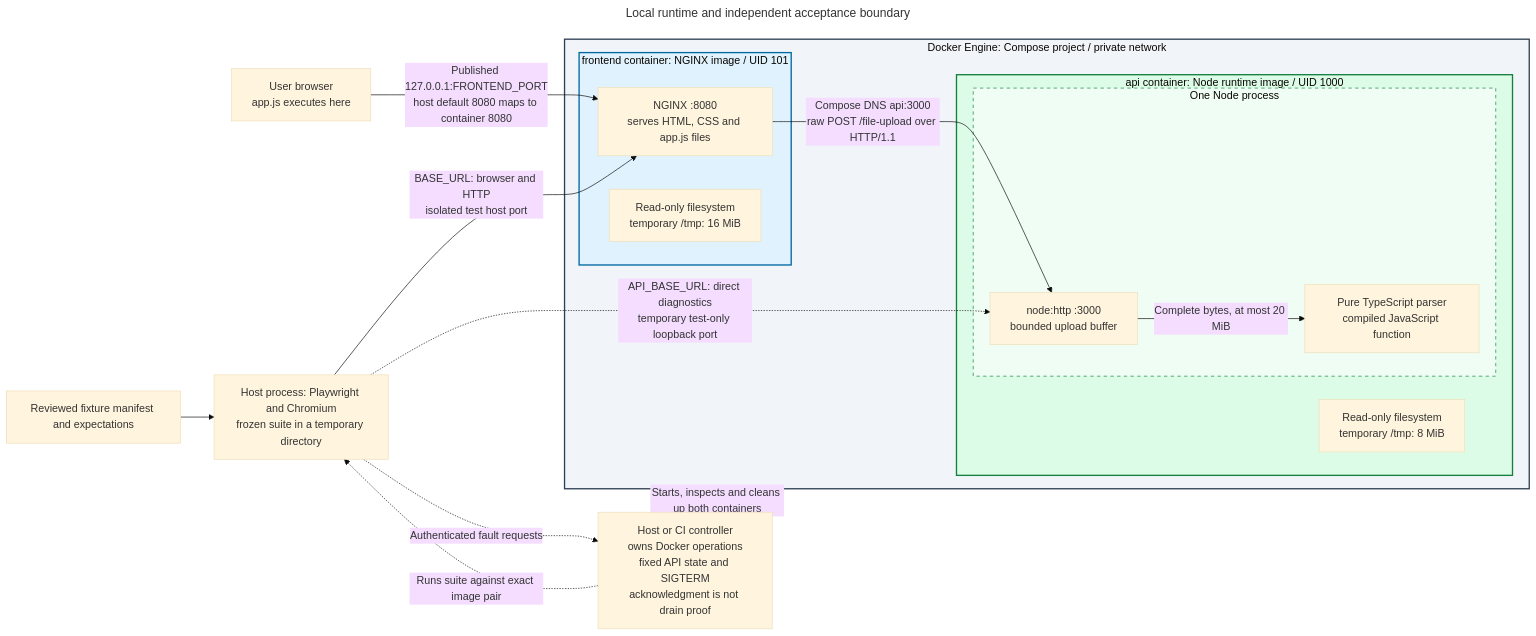
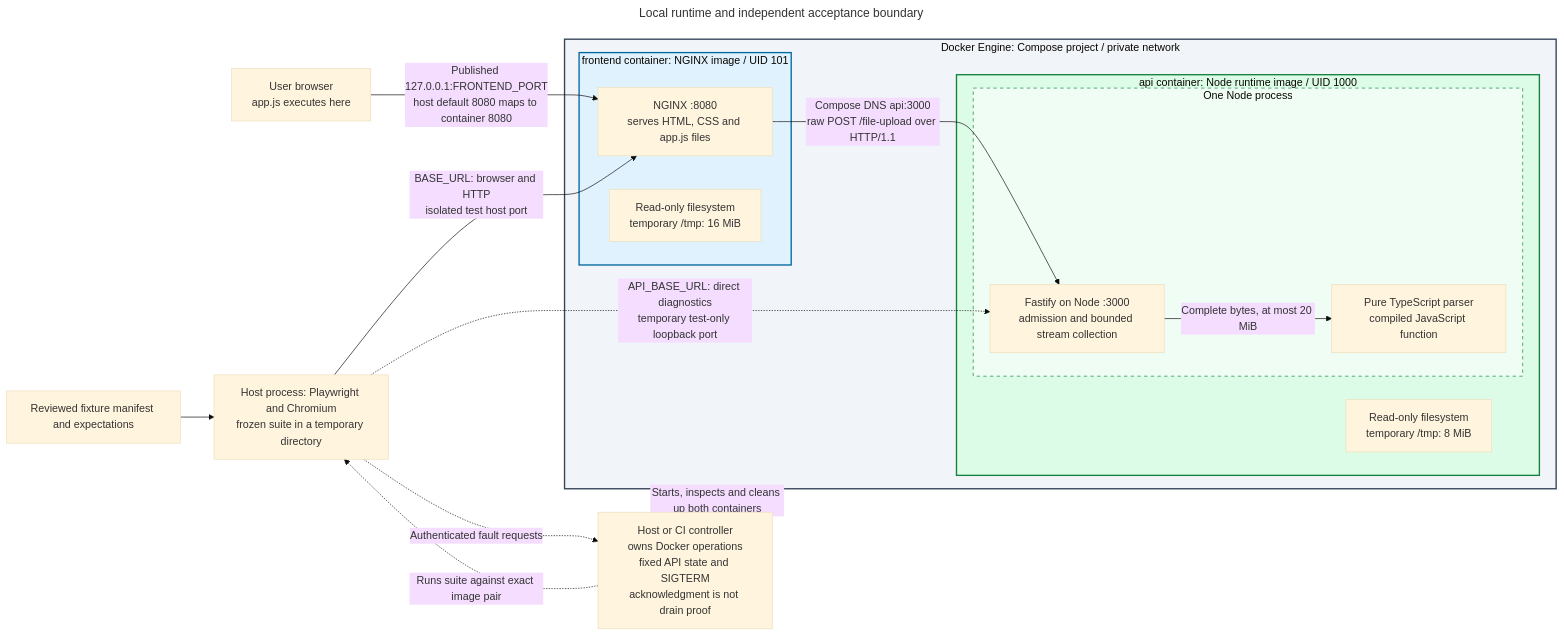
The diagram in docs/architecture/diagrams/runtime.mmd (brobro10000/mp3-frame-counter), drawn with Mermaid (base theme) before and after one commit.

Commit message:
docs(architecture): preserve Fastify runtime after diagram sync

```diff
--- a/docs/architecture/diagrams/runtime.mmd
+++ b/docs/architecture/diagrams/runtime.mmd
@@ -1,54 +1,54 @@
 ---
 title: Local runtime and independent acceptance boundary
 query: >-
   Show Docker wrapping exactly two independently built application images as
   Compose containers. Nest NGINX and its static assets inside the frontend
   container, and Fastify transport plus parser inside one Node process in the
   API container. Put both containers inside Docker's Compose network. Keep
   browser JavaScript, the host controller and extracted Playwright/Chromium
   runner outside Docker. Distinguish published loopback host port from internal
   frontend port 8080 and private API port 3000, with a separate test-only
   loopback binding for direct API diagnostics. Show source-defined runtime
   users, read-only filesystems, temporary mounts and bounded in-process parsing.
   Do not imply a third parser/test container, Node frontend runtime or cloud
   deployment. Keep fixed API lifecycle readback and SIGTERM inside the host
   controller; command acknowledgment does not prove graceful drain.
 references:
   - 'File: /compose.yaml'
   - 'File: /frontend/Dockerfile'
   - 'File: /frontend/nginx.conf.template'
   - 'File: /server/Dockerfile'
   - 'File: /server/src/http.ts'
   - 'File: /server/src/mp3.ts'
   - 'File: /scripts/run-e2e.mjs'
   - 'File: /scripts/e2e-controller.mjs'
 generationTime: '2026-10-10T12:49:47.573Z'
 ---
 flowchart LR
     B["User browser<br/>app.js executes here"]
     subgraph DOCKER["Docker Engine: Compose project / private network"]
         subgraph FRONT["frontend container: NGINX image / UID 101"]
             F["NGINX :8080<br/>serves HTML, CSS and app.js files"]
             FS["Read-only filesystem<br/>temporary /tmp: 16 MiB"]
         end
         subgraph BACK["api container: Node runtime image / UID 1000"]
             subgraph NODE["One Node process"]
-                A["node:http :3000<br/>bounded upload buffer"]
+                A["Fastify on Node :3000<br/>admission and bounded stream collection"]
                 P["Pure TypeScript parser<br/>compiled JavaScript function"]
                 A -->|"Complete bytes, at most 20 MiB"| P
             end
             AS["Read-only filesystem<br/>temporary /tmp: 8 MiB"]
         end
         F -->|"Compose DNS api:3000<br/>raw POST /file-upload over HTTP/1.1"| A
     end
     B -->|"Published 127.0.0.1:FRONTEND_PORT<br/>host default 8080 maps to container 8080"| F
     T["Host process: Playwright and Chromium<br/>frozen suite in a temporary directory"] -->|"BASE_URL: browser and HTTP<br/>isolated test host port"| F
     T -.->|"API_BASE_URL: direct diagnostics<br/>temporary test-only loopback port"| A
     O["Reviewed fixture manifest and expectations"] --> T
     C["Host or CI controller<br/>owns Docker operations<br/>fixed API state and SIGTERM<br/>acknowledgment is not drain proof"] -.->|"Starts, inspects and cleans up both containers"| DOCKER
     C -.->|"Runs suite against exact image pair"| T
     T -.->|"Authenticated fault requests"| C
     style DOCKER fill:#f1f5f9,stroke:#334155,stroke-width:2px
     style FRONT fill:#e0f2fe,stroke:#0369a1,stroke-width:2px
     style BACK fill:#dcfce7,stroke:#15803d,stroke-width:2px
     style NODE fill:#f0fdf4,stroke:#15803d,stroke-dasharray:5 5
```
